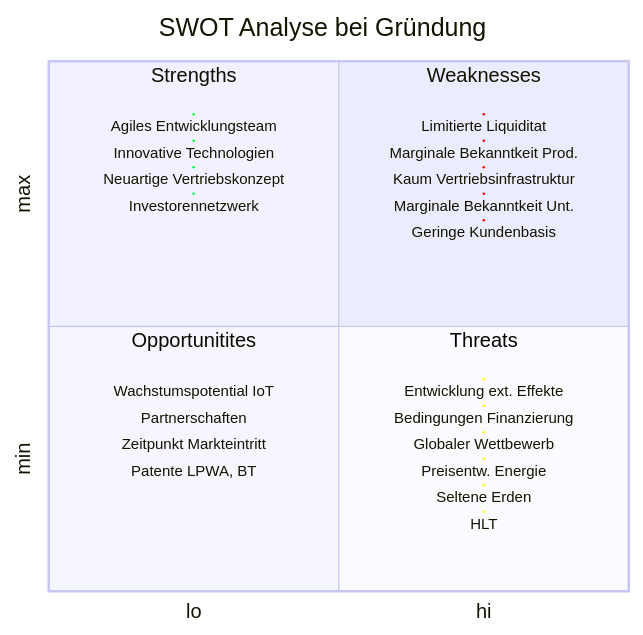
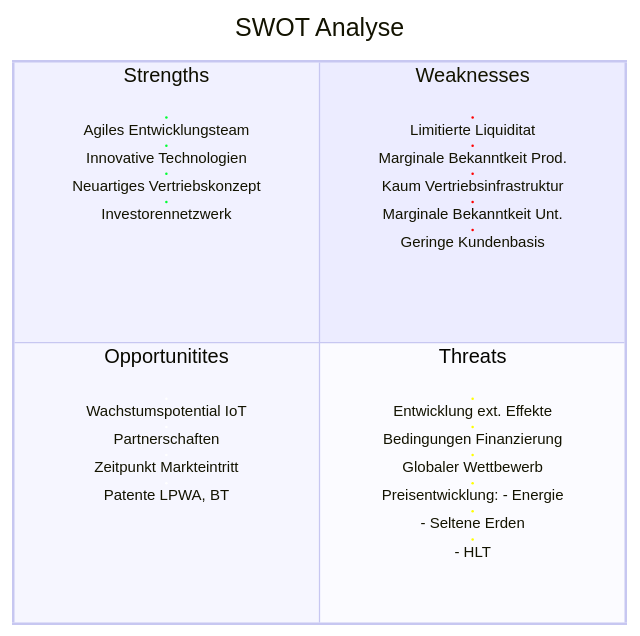
Before and after one commit to nevsglueckauf/dcda_projects: the diagram in Projekt_Smart_WF/swot2.md, drawn with Mermaid. The commit also changed other lines of this file, not shown here.

Commit message:
Changing diagrams

````diff
--- a/Projekt_Smart_WF/swot2.md
+++ b/Projekt_Smart_WF/swot2.md
@@ -1,46 +1,44 @@
 ``` mermaid
-%%{init: "quadrantChart": {"chartWidth": 950, "chartHeight": 700}, 
+%%{init: "quadrantChart": {"chartWidth": 1650, "chartHeight": 700}, 
          "themeVariables": {"quadrant1TextFill": "#ff0000",
                             "quadrant3TextFill": "#00ff00",
                             "quadrant3TextFill": "#ff0000",
                             "quadrant4TextFill": "#ff00ff",
                             "fillType0": "#ff00f0",
                             "fillType1": "#0000f0",
          } 
          
          
          }%%
 quadrantChart
-    title SWOT Analyse bei Gründung
-    x-axis lo --> hi
-    y-axis min --> max
+    title SWOT Analyse
     quadrant-1 Weaknesses
     quadrant-2 Strengths
     quadrant-3 Opportunitites
     quadrant-4 Threats
     
     "Agiles Entwicklungsteam": [0.25, 0.9] color: #00ff33, radius: 1
     Innovative Technologien: [0.25, 0.85] color:  #00ff33, radius: 1
-    Neuartige Vertriebskonzept: [0.25, 0.8] color:  #00ff33, radius: 1
+    Neuartiges Vertriebskonzept: [0.25, 0.8] color:  #00ff33, radius: 1
     Investorennetzwerk: [0.25, 0.75] color:  #00ff33, radius: 1
 
     Limitierte Liquiditat: [0.75, 0.9] color:  #ff0000, radius: 1
     Marginale Bekanntkeit Prod. : [0.75, 0.85] color:  #ff0000, radius: 1
     Kaum Vertriebsinfrastruktur: [0.75, 0.8] color:  #ff0000, radius: 1
     Marginale Bekanntkeit Unt. : [0.75, 0.75] color:  #ff0000, radius: 1
     Geringe Kundenbasis : [0.75, 0.7] color:  #ff0000, radius: 1
 
     Wachstumspotential IoT: [0.25, 0.4] color: #ffffff,  radius: 1
     Partnerschaften : [0.25, 0.35] color: #ffffff,  radius: 1
     Zeitpunkt Markteintritt: [0.25, 0.3] color: #ffffff,  radius: 1
     Patente  LPWA, BT: [0.25, 0.25] color: #ffffff,  radius: 1
     
     
-    Entwicklung ext. Effekte: [0.75, 0.4] color: #ffff00, stroke-color: #10f0f0, radius: 1
+    Entwicklung ext. Effekte: [0.75, 0.4] color: #ffff00, radius: 1
     Bedingungen Finanzierung : [0.75, 0.35] color: #ffff00,  radius: 1
     Globaler Wettbewerb: [0.75, 0.3] color: #ffff00,  radius: 1
-    Preisentw. Energie: [0.75, 0.25] color: #ffff00,  radius: 1
-    Seltene Erden: [0.75, 0.2] color: #ffff00, radius: 1
-    HLT: [0.75, 0.15] color: #ffff00, radius: 1
+    "Preisentwicklung: - Energie": [0.75, 0.25] color: #ffff00,  radius: 1
+    "- Seltene Erden": [0.75, 0.2] color: #ffff00, radius: 1
+    "- HLT": [0.75, 0.15] color: #ffff00, radius: 1
 
 ```
````
